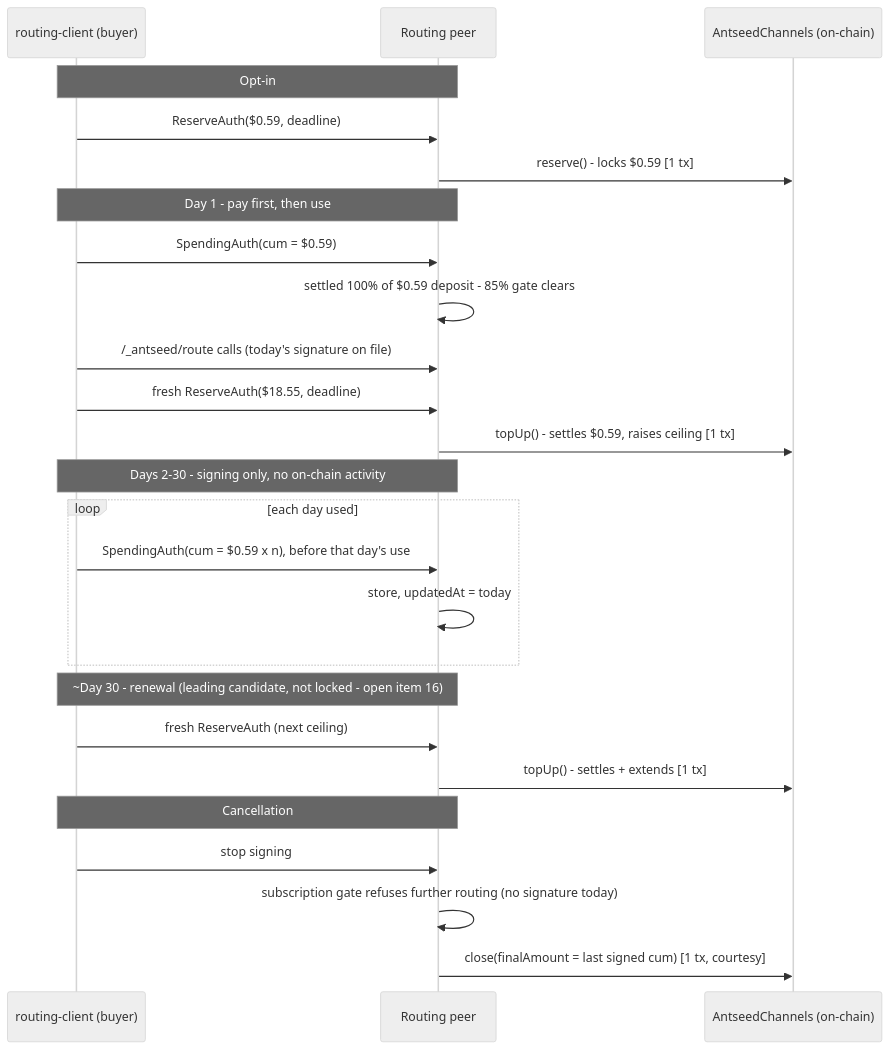
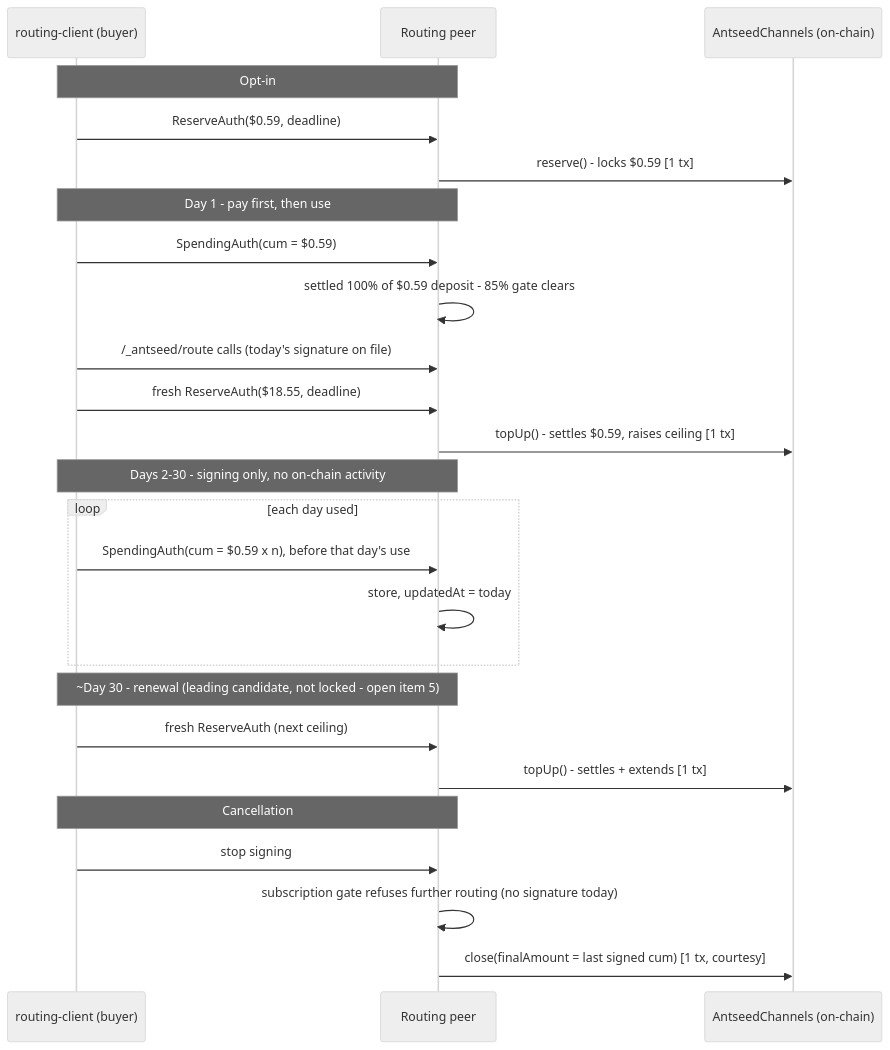
One commit to levantolabs/antseed-levanto-router changed the second of 2 diagrams in docs/model-routing-software-architecture.md. Above: the diagram before and after it, drawn with Mermaid (neutral theme). The commit also changed other lines of this file, not shown here.

Commit message:
Reconcile architecture doc with Round7 decisions

````diff
--- a/docs/model-routing-software-architecture.md
+++ b/docs/model-routing-software-architecture.md
@@ -404,32 +408,32 @@
 ```mermaid
 sequenceDiagram
     participant Client as routing-client (buyer)
     participant RP as Routing peer
     participant Chain as AntseedChannels (on-chain)
 
     Note over Client,RP: Opt-in
     Client->>RP: ReserveAuth($0.59, deadline)
     RP->>Chain: reserve() - locks $0.59 [1 tx]
 
     Note over Client,RP: Day 1 - pay first, then use
     Client->>RP: SpendingAuth(cum = $0.59)
     RP->>RP: settled 100% of $0.59 deposit - 85% gate clears
     Client->>RP: /_antseed/route calls (today's signature on file)
     Client->>RP: fresh ReserveAuth($18.55, deadline)
     RP->>Chain: topUp() - settles $0.59, raises ceiling [1 tx]
 
     Note over Client,RP: Days 2-30 - signing only, no on-chain activity
     loop each day used
         Client->>RP: SpendingAuth(cum = $0.59 x n), before that day's use
         RP->>RP: store, updatedAt = today
     end
 
-    Note over Client,RP: ~Day 30 - renewal (leading candidate, not locked - open item 16)
+    Note over Client,RP: ~Day 30 - renewal (leading candidate, not locked - open item 5)
     Client->>RP: fresh ReserveAuth (next ceiling)
     RP->>Chain: topUp() - settles + extends [1 tx]
 
     Note over Client,RP: Cancellation
     Client->>RP: stop signing
     RP->>RP: subscription gate refuses further routing (no signature today)
     RP->>Chain: close(finalAmount = last signed cum) [1 tx, courtesy]
 ```
````
